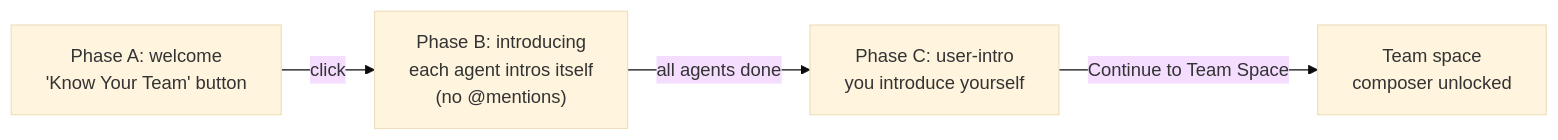
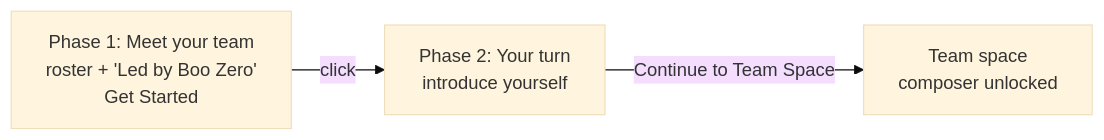
The first of 2 diagrams in docs/using/group-chat.md (clawboo/clawboo), drawn with Mermaid (base theme) before and after one commit. The commit also changed other lines of this file and 427 other files, not shown here.

First line of the commit message:
feat(native): introduce native-first orchestration, onboarding, and web platform flows (#48)

````diff
--- a/docs/using/group-chat.md
+++ b/docs/using/group-chat.md
@@ -39,11 +39,9 @@
 ```mermaid
 flowchart LR
-  A["Phase A: welcome
-  'Know Your Team' button"] -->|click| B["Phase B: introducing
-  each agent intros itself
-  (no @mentions)"]
-  B -->|all agents done| C["Phase C: user-intro
-  you introduce yourself"]
-  C -->|Continue to Team Space| D["Team space
+  A["Phase 1: Meet your team
+  roster + 'Led by Boo Zero'
+  Get Started"] -->|click| B["Phase 2: Your turn
+  introduce yourself"]
+  B -->|Continue to Team Space| C["Team space
   composer unlocked"]
 ```
````
